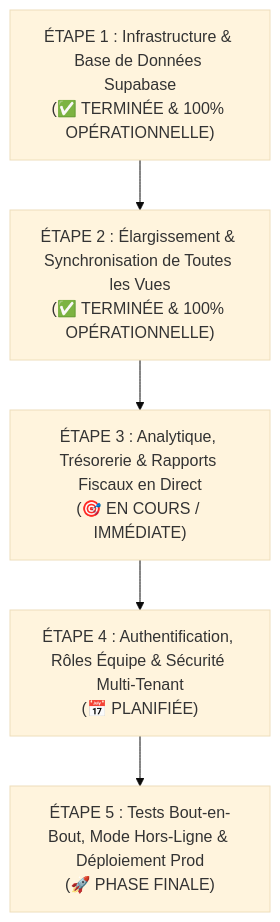
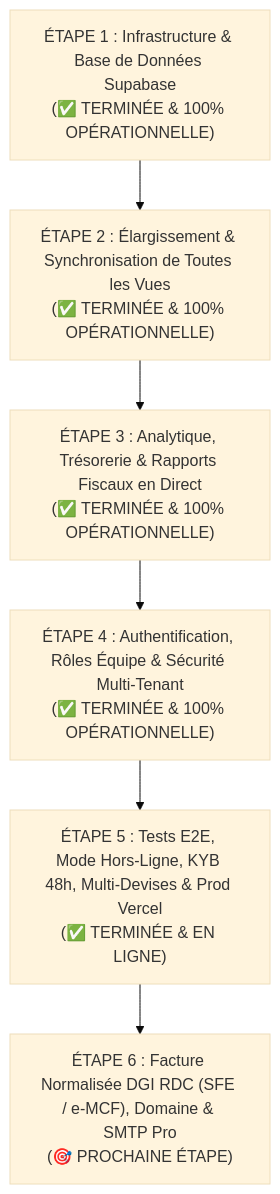
Before and after one commit to YAV-NEVIL/facturx-saas: the diagram in BACKEND_ROADMAP.md, drawn with Mermaid (base theme). The commit also changed other lines of this file, not shown here.

Commit message:
docs(roadmap): mise a jour BACKEND_ROADMAP.md (Etape 5 complete en prod Vercel + ajout Etape 6 DGI RDC e-MCF)

````diff
--- a/BACKEND_ROADMAP.md
+++ b/BACKEND_ROADMAP.md
@@ -12,7 +13,8 @@
 ```mermaid
 graph TD
     E1["ÉTAPE 1 : Infrastructure & Base de Données Supabase\n(✅ TERMINÉE & 100% OPÉRATIONNELLE)"] --> E2["ÉTAPE 2 : Élargissement & Synchronisation de Toutes les Vues\n(✅ TERMINÉE & 100% OPÉRATIONNELLE)"]
-    E2 --> E3["ÉTAPE 3 : Analytique, Trésorerie & Rapports Fiscaux en Direct\n(🎯 EN COURS / IMMÉDIATE)"]
-    E3 --> E4["ÉTAPE 4 : Authentification, Rôles Équipe & Sécurité Multi-Tenant\n(📅 PLANIFIÉE)"]
-    E4 --> E5["ÉTAPE 5 : Tests Bout-en-Bout, Mode Hors-Ligne & Déploiement Prod\n(🚀 PHASE FINALE)"]
+    E2 --> E3["ÉTAPE 3 : Analytique, Trésorerie & Rapports Fiscaux en Direct\n(✅ TERMINÉE & 100% OPÉRATIONNELLE)"]
+    E3 --> E4["ÉTAPE 4 : Authentification, Rôles Équipe & Sécurité Multi-Tenant\n(✅ TERMINÉE & 100% OPÉRATIONNELLE)"]
+    E4 --> E5["ÉTAPE 5 : Tests E2E, Mode Hors-Ligne, KYB 48h, Multi-Devises & Prod Vercel\n(✅ TERMINÉE & EN LIGNE)"]
+    E5 --> E6["ÉTAPE 6 : Facture Normalisée DGI RDC (SFE / e-MCF), Domaine & SMTP Pro\n(🎯 PROCHAINE ÉTAPE)"]
 ```
````
